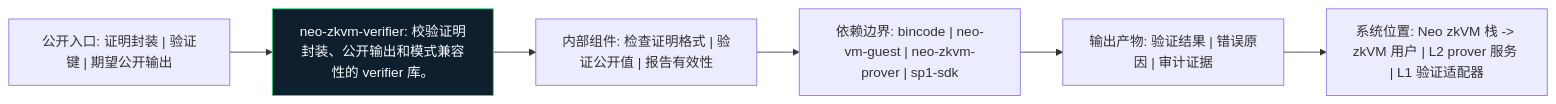
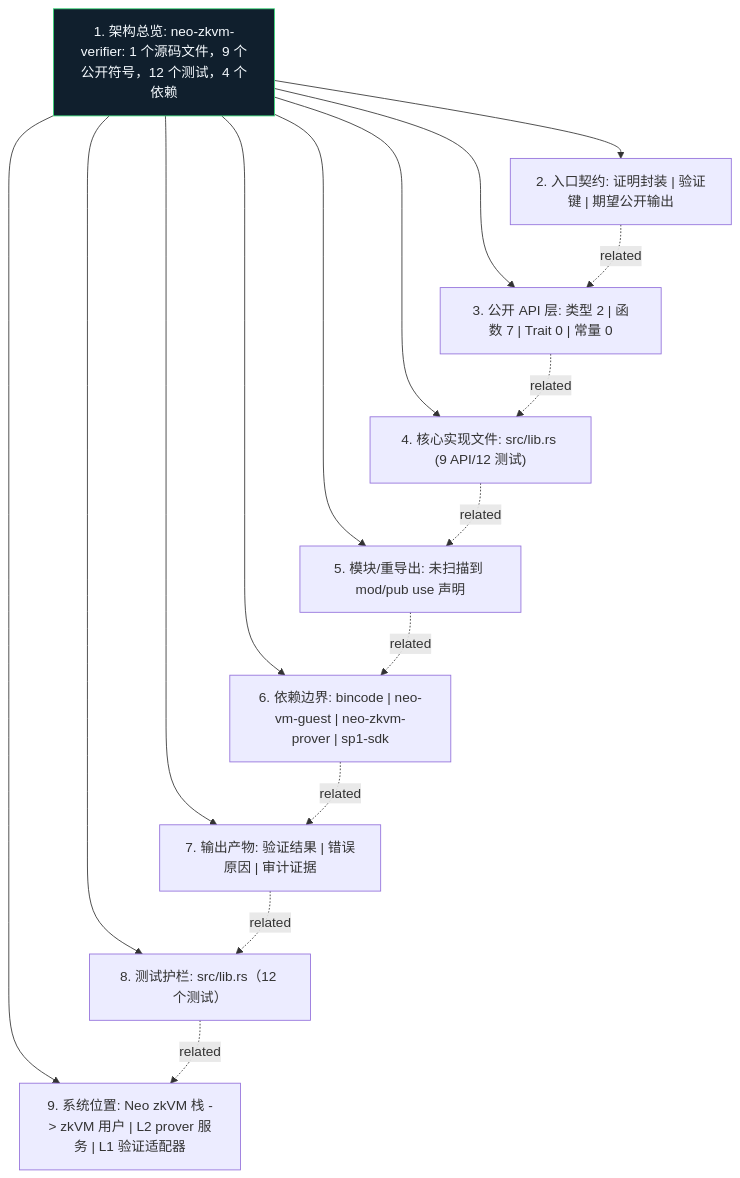
The diagram in crates/neo-zkvm-verifier/docs/figures/architecture.zh.mmd (r3e-network/neo-zkvm), drawn with Mermaid before and after one commit. The commit also changed 307 other files, not shown here.

Commit message:
Deepen crate diagrams with source-aware atlas

```diff
--- a/crates/neo-zkvm-verifier/docs/figures/architecture.zh.mmd
+++ b/crates/neo-zkvm-verifier/docs/figures/architecture.zh.mmd
@@ -1,14 +1,27 @@
-flowchart LR
-    N1["公开入口: 证明封装 | 验证键 | 期望公开输出"]
-    N2["neo-zkvm-verifier: 校验证明封装、公开输出和模式兼容性的 verifier 库。"]
-    N3["内部组件: 检查证明格式 | 验证公开值 | 报告有效性"]
-    N4["依赖边界: bincode | neo-vm-guest | neo-zkvm-prover | sp1-sdk"]
-    N5["输出产物: 验证结果 | 错误原因 | 审计证据"]
-    N6["系统位置: Neo zkVM 栈 -> zkVM 用户 | L2 prover 服务 | L1 验证适配器"]
+flowchart TB
+    N1["1. 架构总览: neo-zkvm-verifier: 1 个源码文件，9 个公开符号，12 个测试，4 个依赖"]
+    N2["2. 入口契约: 证明封装 | 验证键 | 期望公开输出"]
+    N3["3. 公开 API 层: 类型 2 | 函数 7 | Trait 0 | 常量 0"]
+    N4["4. 核心实现文件: src/lib.rs (9 API/12 测试)"]
+    N5["5. 模块/重导出: 未扫描到 mod/pub use 声明"]
+    N6["6. 依赖边界: bincode | neo-vm-guest | neo-zkvm-prover | sp1-sdk"]
+    N7["7. 输出产物: 验证结果 | 错误原因 | 审计证据"]
+    N8["8. 测试护栏: src/lib.rs（12 个测试）"]
+    N9["9. 系统位置: Neo zkVM 栈 -> zkVM 用户 | L2 prover 服务 | L1 验证适配器"]
     N1 --> N2
-    N2 --> N3
-    N3 --> N4
-    N4 --> N5
-    N5 --> N6
+    N1 --> N3
+    N1 --> N4
+    N1 --> N5
+    N1 --> N6
+    N1 --> N7
+    N1 --> N8
+    N1 --> N9
+    N2 -. related .-> N3
+    N3 -. related .-> N4
+    N4 -. related .-> N5
+    N5 -. related .-> N6
+    N6 -. related .-> N7
+    N7 -. related .-> N8
+    N8 -. related .-> N9
     classDef crate fill:#101f2d,stroke:#38d978,color:#f6fbff
-    class N2 crate
+    class N1 crate
```
